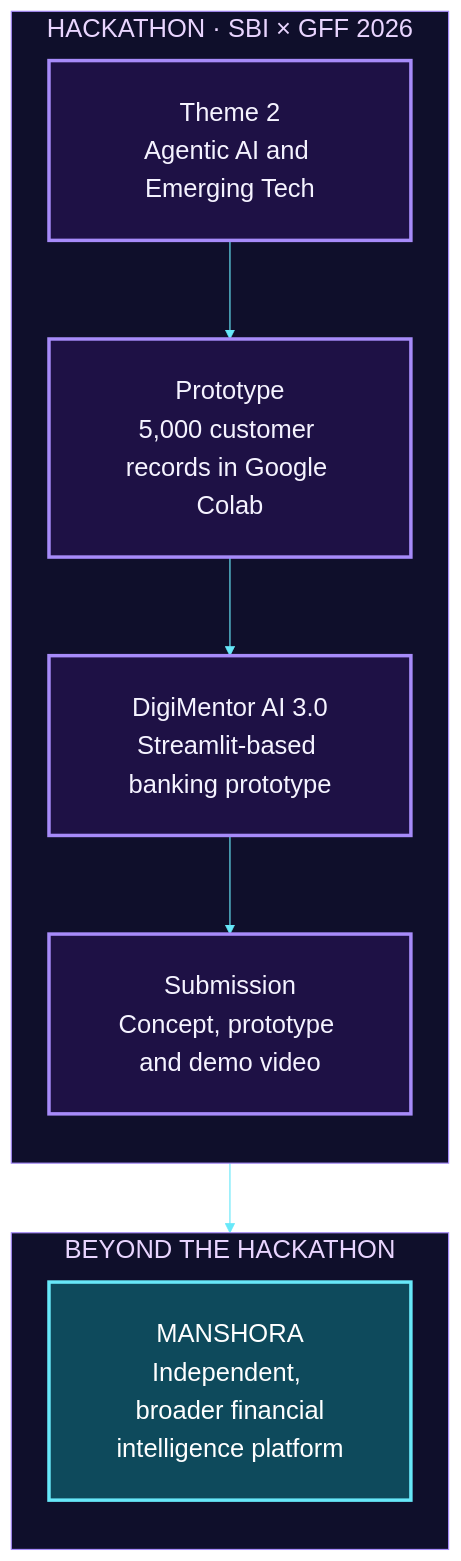
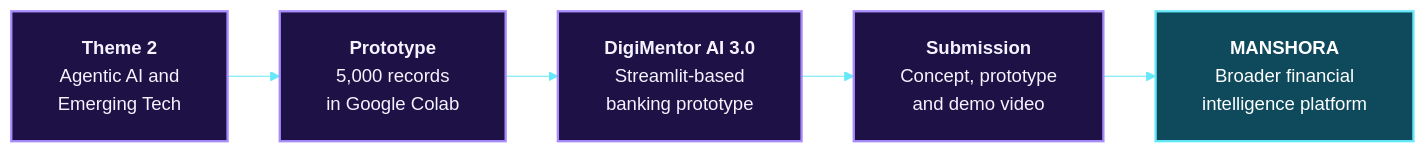
The second of 13 diagrams in README.md (Mansi232323/MANSHORA), drawn with Mermaid before and after one commit. The commit also changed other lines of this file, not shown here.

````diff
--- a/README.md
+++ b/README.md
@@ -98,17 +82,12 @@
 ```mermaid
-%%{init: {'theme':'base','themeVariables':{'fontSize':'22px','fontFamily':'Arial, Helvetica, sans-serif','lineColor':'#67e8f9','clusterBkg':'#0f0f2b','clusterBorder':'#a78bfa','titleColor':'#e9d5ff','edgeLabelBackground':'#0f0f2b'},'flowchart':{'nodeSpacing':45,'rankSpacing':60,'padding':28,'htmlLabels':false,'useMaxWidth':true}}}%%
-flowchart TB
-    subgraph H["HACKATHON · SBI × GFF 2026"]
-        direction TB
-        h1["Theme 2<br/>Agentic AI and Emerging Tech"] --> h2["Prototype<br/>5,000 customer records in Google Colab"] --> h3["DigiMentor AI 3.0<br/>Streamlit-based banking prototype"] --> h4["Submission<br/>Concept, prototype and demo video"]
-    end
-    subgraph B["BEYOND THE HACKATHON"]
-        direction TB
-        b1["MANSHORA<br/>Independent, broader financial<br/>intelligence platform"]
-    end
-    H --> B
-    classDef hack fill:#1e1145,stroke:#a78bfa,stroke-width:3px,color:#f5f3ff
-    classDef now fill:#0e4a5c,stroke:#67e8f9,stroke-width:3px,color:#ffffff
+%%{init: {'theme':'base','themeVariables':{'fontSize':'16px','fontFamily':'Arial, Helvetica, sans-serif','primaryColor':'#1e1145','primaryTextColor':'#f5f3ff','primaryBorderColor':'#a78bfa','lineColor':'#67e8f9'},'flowchart':{'htmlLabels':true,'nodeSpacing':40,'rankSpacing':45,'padding':20,'wrappingWidth':260}}}%%
+flowchart LR
+    h1["<b>Theme 2</b><br/>Agentic AI and<br/>Emerging Tech"] --> h2["<b>Prototype</b><br/>5,000 records<br/>in Google Colab"]
+    h2 --> h3["<b>DigiMentor AI 3.0</b><br/>Streamlit-based<br/>banking prototype"]
+    h3 --> h4["<b>Submission</b><br/>Concept, prototype<br/>and demo video"]
+    h4 --> b1["<b>MANSHORA</b><br/>Broader financial<br/>intelligence platform"]
+    classDef hack fill:#1e1145,stroke:#a78bfa,stroke-width:2px,color:#f5f3ff
+    classDef now fill:#0e4a5c,stroke:#67e8f9,stroke-width:2px,color:#ffffff
     class h1,h2,h3,h4 hack
     class b1 now
 ```
````
